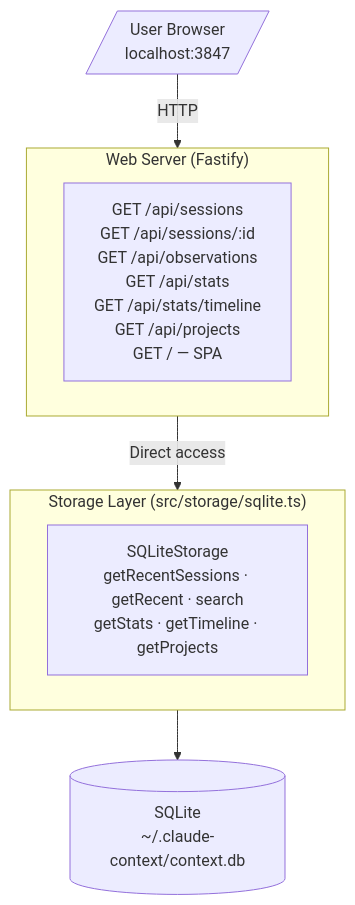
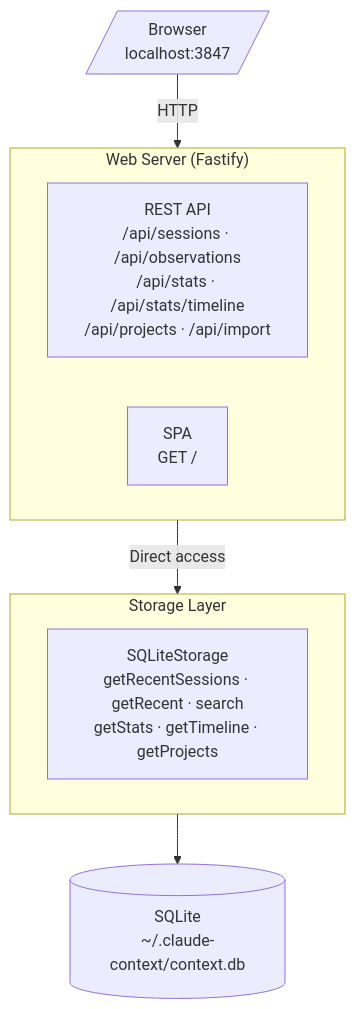
Before and after one commit to mrlesmithjr/claude-context-manager: the diagram in docs/ADR-001-web-ui-dashboard.md, drawn with Mermaid. The commit also changed other lines of this file and 3 other files, not shown here.

````diff
--- a/docs/ADR-001-web-ui-dashboard.md
+++ b/docs/ADR-001-web-ui-dashboard.md
@@ -70,18 +49,19 @@
 ```mermaid
 flowchart TD
-    B[/"User Browser\nlocalhost:3847"/]
+    B[/"Browser\nlocalhost:3847"/]
 
     subgraph WS["Web Server (Fastify)"]
-        API["GET /api/sessions\nGET /api/sessions/:id\nGET /api/observations\nGET /api/stats\nGET /api/stats/timeline\nGET /api/projects\nGET / — SPA"]
+        API["REST API\n/api/sessions · /api/observations\n/api/stats · /api/stats/timeline\n/api/projects · /api/import"]
+        SPA["SPA\nGET /"]
     end
 
-    subgraph SL["Storage Layer (src/storage/sqlite.ts)"]
+    subgraph SL["Storage Layer"]
         ST["SQLiteStorage\ngetRecentSessions · getRecent · search\ngetStats · getTimeline · getProjects"]
     end
 
     DB[("SQLite\n~/.claude-context/context.db")]
 
     B -->|HTTP| WS
     WS -->|Direct access| SL
     SL --> DB
 ```
````
